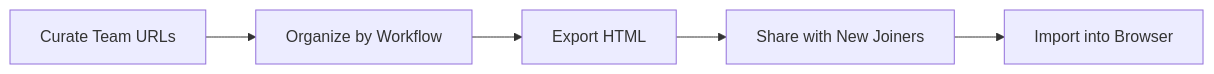
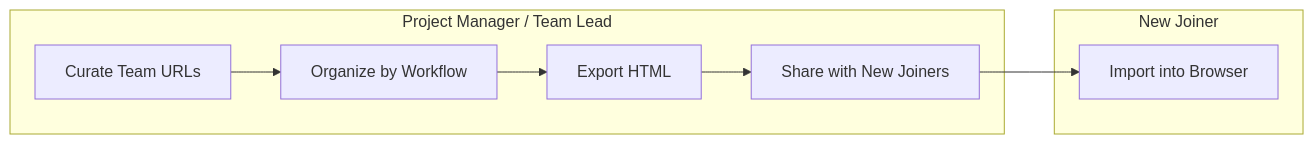
The diagram in README.md (kadmielp/BookmarkEditor), drawn with Mermaid before and after one commit. The commit also changed other lines of this file, not shown here.

Commit message:
Organize README Workflow flowchart by person scope

````diff
--- a/README.md
+++ b/README.md
@@ -65,7 +65,14 @@
 ```mermaid
 flowchart LR
-    A[Curate Team URLs] --> B[Organize by Workflow]
-    B --> C[Export HTML]
-    C --> D[Share with New Joiners]
-    D --> E[Import into Browser]
+    subgraph Lead["Project Manager / Team Lead"]
+        A[Curate Team URLs] --> B[Organize by Workflow]
+        B --> C[Export HTML]
+        C --> D[Share with New Joiners]
+    end
+
+    subgraph Joiner["New Joiner"]
+        E[Import into Browser]
+    end
+
+    D --> E
 ```
````
